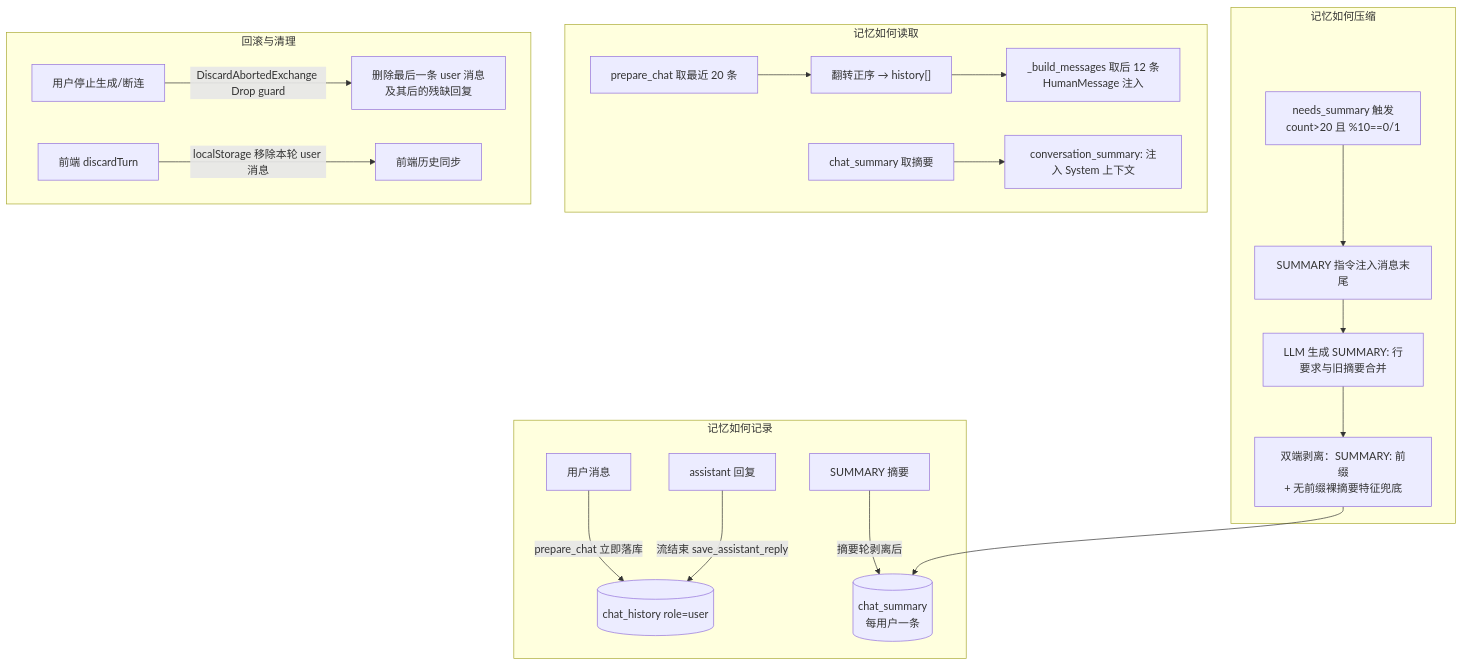
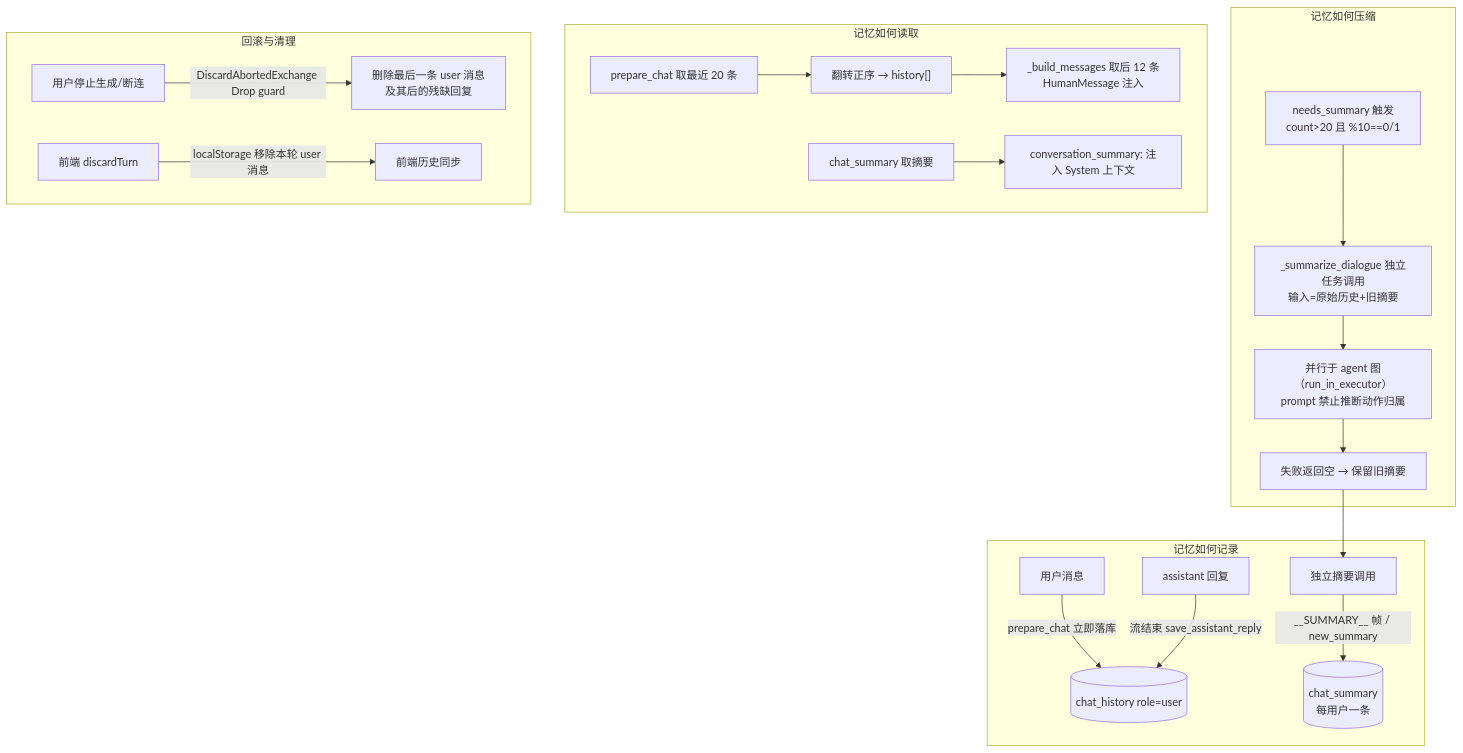
Before and after one commit to BigLeopardCat/saudade-blog-agent: the fourth of 5 diagrams in docs/agent-architecture.md, drawn with Mermaid. The commit also changed other lines of this file and 2 other files, not shown here.

````diff
--- a/docs/agent-architecture.md
+++ b/docs/agent-architecture.md
@@ -257,23 +261,23 @@
 ```mermaid
 flowchart TB
     subgraph Write[记忆如何记录]
         W1[用户消息] -->|prepare_chat 立即落库| T1[(chat_history role=user)]
         W2[assistant 回复] -->|流结束 save_assistant_reply| T1
-        W3[SUMMARY 摘要] -->|摘要轮剥离后| T2[(chat_summary<br/>每用户一条)]
+        W3[独立摘要调用] -->|__SUMMARY__ 帧 / new_summary| T2[(chat_summary<br/>每用户一条)]
     end
     subgraph Compress[记忆如何压缩]
-        C1[needs_summary 触发<br/>count>20 且 %10==0/1] --> C2[SUMMARY 指令注入消息末尾]
-        C2 --> C3[LLM 生成 SUMMARY: 行<br/>要求与旧摘要合并]
-        C3 --> C4[双端剥离：SUMMARY: 前缀<br/>+ 无前缀裸摘要特征兜底]
-        C4 --> T2
+        C1[needs_summary 触发<br/>count>20 且 %10==0/1] --> C2[_summarize_dialogue 独立任务调用<br/>输入=原始历史+旧摘要]
+        C2 --> C3[并行于 agent 图（run_in_executor）<br/>prompt 禁止推断动作归属]
+        C3 --> C4[失败返回空 → 保留旧摘要]
+        C4 --> W3
     end
     subgraph Read[记忆如何读取]
         R1[prepare_chat 取最近 20 条] --> R2["翻转正序 → history[]"]
         R2 --> R3[_build_messages 取后 12 条<br/>HumanMessage 注入]
         R4[chat_summary 取摘要] --> R5[conversation_summary: 注入 System 上下文]
     end
     subgraph Rollback[回滚与清理]
         D1[用户停止生成/断连] -->|DiscardAbortedExchange Drop guard| D2[删除最后一条 user 消息<br/>及其后的残缺回复]
         D3[前端 discardTurn] -->|localStorage 移除本轮 user 消息| D4[前端历史同步]
     end
 ```
````
